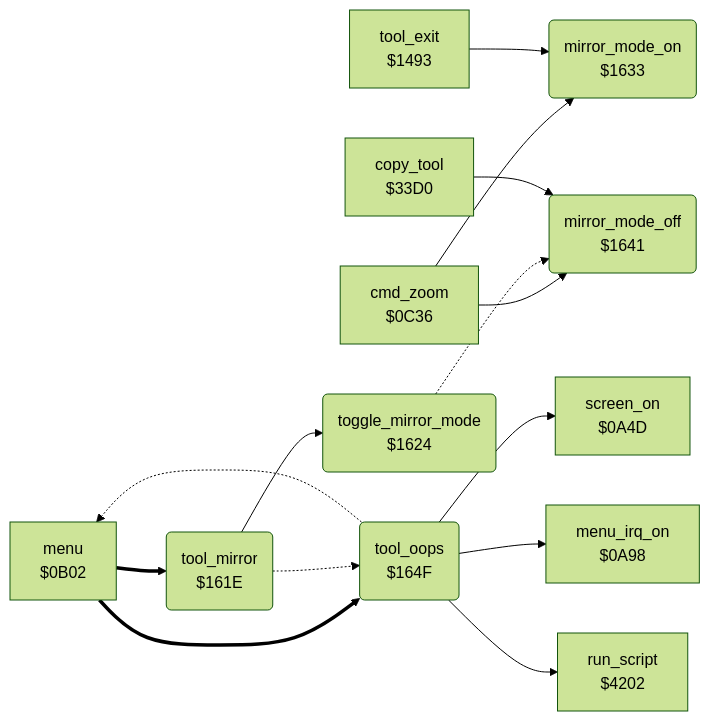
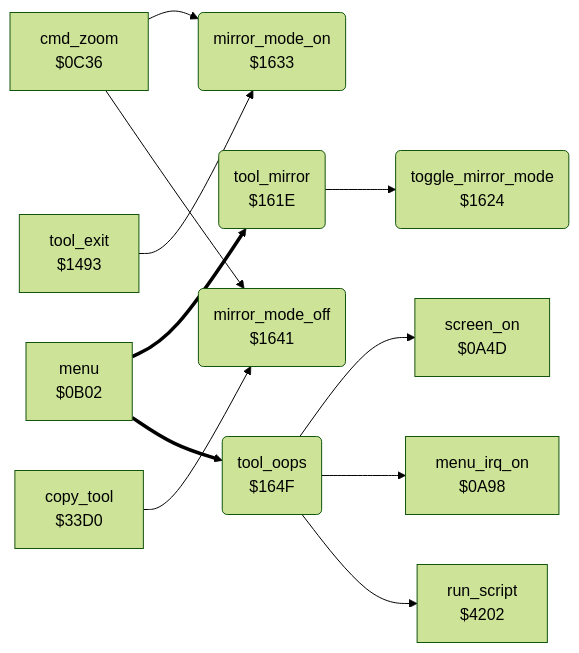
The diagram in koala_painter/v1/docs/reference/modules/tools/mirror_oops_tool.md (henols/c64_games), drawn with Mermaid (forest theme) before and after one commit. The commit also changed other lines of this file and 1100 other files, not shown here.

````diff
--- a/koala_painter/v1/docs/reference/modules/tools/mirror_oops_tool.md
+++ b/koala_painter/v1/docs/reference/modules/tools/mirror_oops_tool.md
@@ -10,28 +20,25 @@
 ```mermaid
 flowchart LR
   n0a4d["screen_on<br/>$0A4D"]
   n0a98["menu_irq_on<br/>$0A98"]
   n0b02["menu<br/>$0B02"]
   n0c36["cmd_zoom<br/>$0C36"]
   n1493["tool_exit<br/>$1493"]
   n161e("tool_mirror<br/>$161E")
   n1624("toggle_mirror_mode<br/>$1624")
   n1633("mirror_mode_on<br/>$1633")
   n1641("mirror_mode_off<br/>$1641")
   n164f("tool_oops<br/>$164F")
   n33d0["copy_tool<br/>$33D0"]
   n4202["run_script<br/>$4202"]
   n0b02 ==> n161e
   n0b02 ==> n164f
   n0c36 --> n1633
   n0c36 --> n1641
   n1493 --> n1633
   n161e --> n1624
-  n161e -.-> n164f
-  n1624 -.-> n1641
   n164f --> n0a4d
   n164f --> n0a98
-  n164f -.-> n0b02
   n164f --> n4202
   n33d0 --> n1641
 ```
````
